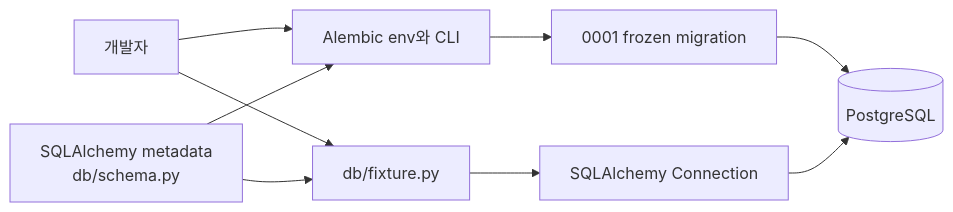
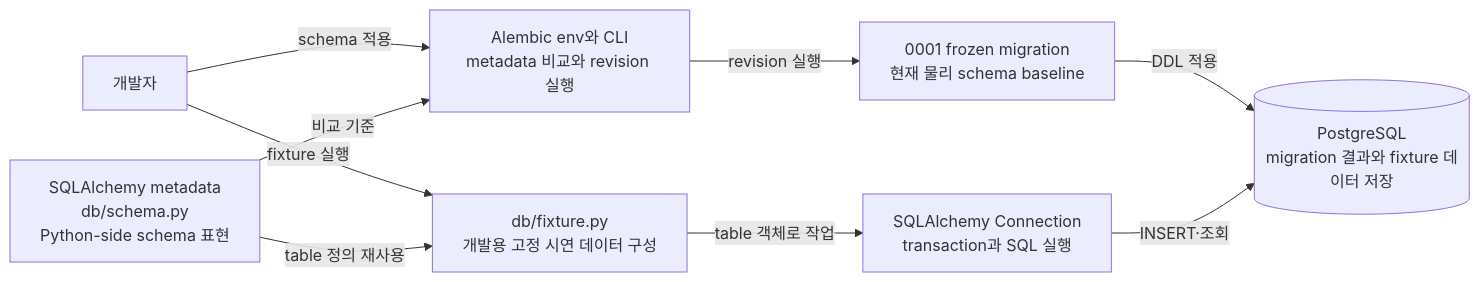
Before and after one commit to studylida/ontology-map: the fourth of 4 diagrams in docs/architecture/README.md, drawn with Mermaid. The commit also changed other lines of this file, not shown here.

Commit message:
docs: C4 다이어그램의 책임과 관계를 명확화

````diff
--- a/docs/architecture/README.md
+++ b/docs/architecture/README.md
@@ -79,14 +79,14 @@
 ```mermaid
 flowchart LR
     Developer[개발자]
-    Metadata[SQLAlchemy metadata<br/>db/schema.py]
-    Alembic[Alembic env와 CLI]
-    Migration[0001 frozen migration]
-    Fixture[db/fixture.py]
-    Connection[SQLAlchemy Connection]
-    DB[(PostgreSQL)]
-    Developer --> Alembic --> Migration --> DB
-    Metadata --> Alembic
-    Developer --> Fixture --> Connection --> DB
-    Metadata --> Fixture
+    Metadata[SQLAlchemy metadata<br/>db/schema.py<br/>Python-side schema 표현]
+    Alembic[Alembic env와 CLI<br/>metadata 비교와 revision 실행]
+    Migration[0001 frozen migration<br/>현재 물리 schema baseline]
+    Fixture[db/fixture.py<br/>개발용 고정 시연 데이터 구성]
+    Connection[SQLAlchemy Connection<br/>transaction과 SQL 실행]
+    DB[(PostgreSQL<br/>migration 결과와 fixture 데이터 저장)]
+    Developer -->|schema 적용| Alembic -->|revision 실행| Migration -->|DDL 적용| DB
+    Metadata -->|비교 기준| Alembic
+    Developer -->|fixture 실행| Fixture -->|table 객체로 작업| Connection -->|INSERT·조회| DB
+    Metadata -->|table 정의 재사용| Fixture
 ```
````
